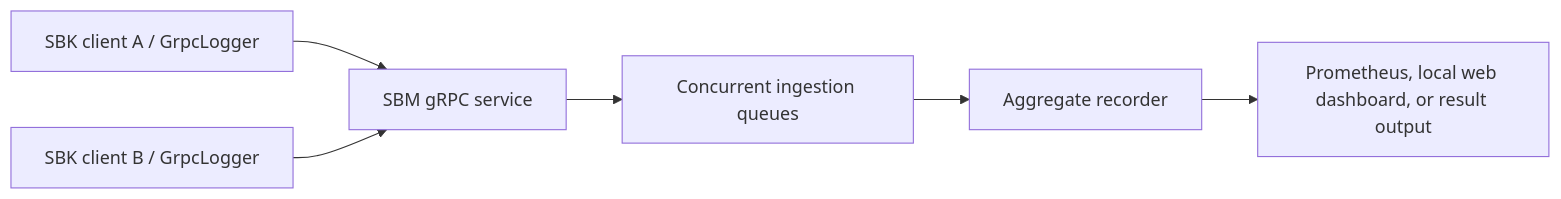
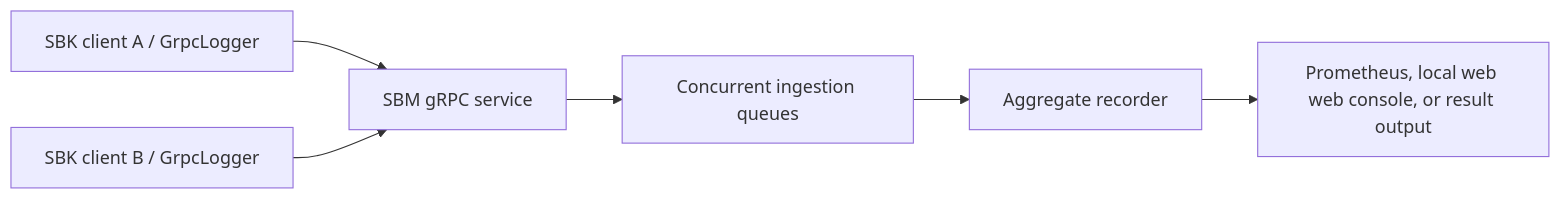
The diagram in sbm/README.md (kmgowda/SBK), drawn with Mermaid before and after one commit. The commit also changed other lines of this file and 27 other files, not shown here.

Commit message:
Rename embedded dashboard to Local Web Console

````diff
--- a/sbm/README.md
+++ b/sbm/README.md
@@ -35,8 +35,8 @@
 ```mermaid
 flowchart LR
     A[SBK client A / GrpcLogger] --> G[SBM gRPC service]
     B[SBK client B / GrpcLogger] --> G
     G --> Q[Concurrent ingestion queues]
     Q --> R[Aggregate recorder]
-    R --> O[Prometheus, local web dashboard, or result output]
+    R --> O[Prometheus, local web web console, or result output]
 ```
````
